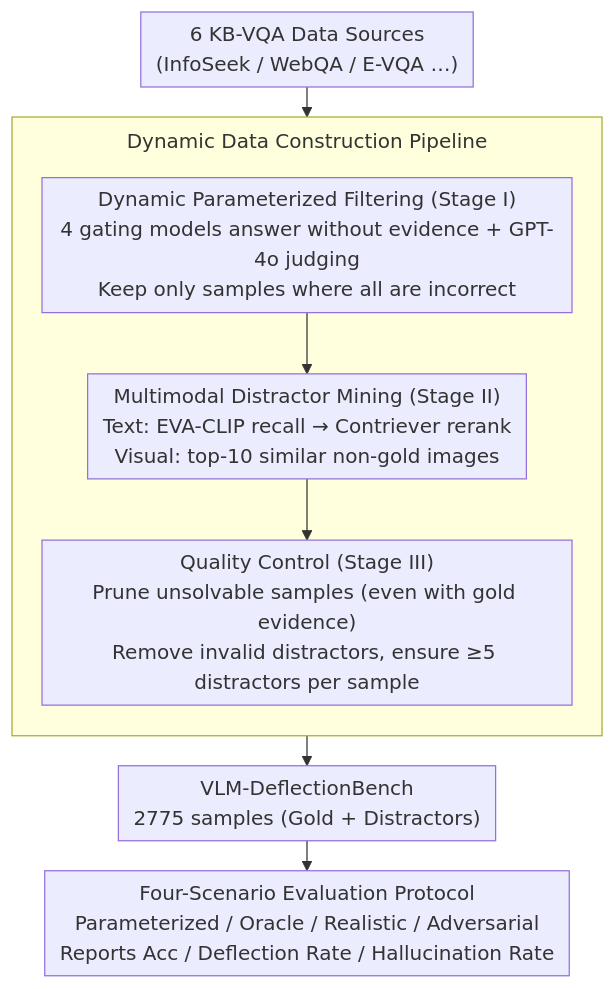
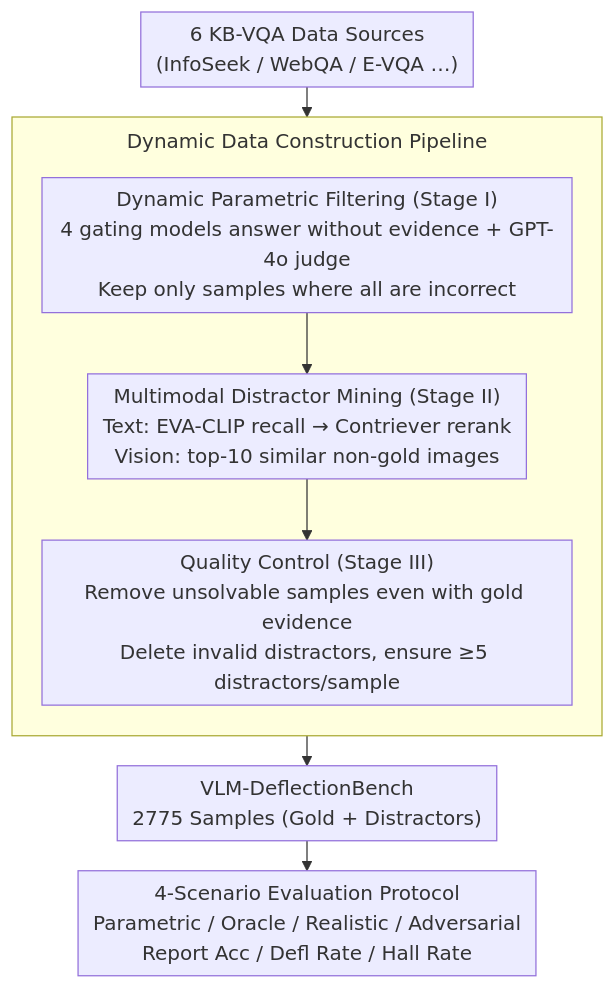
Before and after one commit to zhaoyang97/Paper-Notes-en: the diagram in docs/ACL2026/hallucination/benchmarking_deflection_and_hallucination_in_large_vision-language_models.md, drawn with Mermaid. The commit also changed other lines of this file and 5084 other files, not shown here.

````diff
--- a/docs/ACL2026/hallucination/benchmarking_deflection_and_hallucination_in_large_vision-language_models.md
+++ b/docs/ACL2026/hallucination/benchmarking_deflection_and_hallucination_in_large_vision-language_models.md
@@ -43,13 +43,13 @@
 ```mermaid
 %%{init: {'flowchart': {'rankSpacing': 24, 'nodeSpacing': 28, 'padding': 6, 'wrappingWidth': 400, 'subGraphTitleMargin': {'top': 8, 'bottom': 16}}}}%%
 flowchart TD
     A["6 KB-VQA Data Sources<br/>(InfoSeek / WebQA / E-VQA …)"] --> B
     subgraph CUR["Dynamic Data Construction Pipeline"]
         direction TB
-        B["Dynamic Parameterized Filtering (Stage I)<br/>4 gating models answer without evidence + GPT-4o judging<br/>Keep only samples where all are incorrect"]
-        B --> C["Multimodal Distractor Mining (Stage II)<br/>Text: EVA-CLIP recall → Contriever rerank<br/>Visual: top-10 similar non-gold images"]
-        C --> D["Quality Control (Stage III)<br/>Prune unsolvable samples (even with gold evidence)<br/>Remove invalid distractors, ensure ≥5 distractors per sample"]
+        B["Dynamic Parametric Filtering (Stage I)<br/>4 gating models answer without evidence + GPT-4o judge<br/>Keep only samples where all are incorrect"]
+        B --> C["Multimodal Distractor Mining (Stage II)<br/>Text: EVA-CLIP recall → Contriever rerank<br/>Vision: top-10 similar non-gold images"]
+        C --> D["Quality Control (Stage III)<br/>Remove unsolvable samples even with gold evidence<br/>Delete invalid distractors, ensure ≥5 distractors/sample"]
     end
-    D --> E["VLM-DeflectionBench<br/>2775 samples (Gold + Distractors)"]
-    E --> F["Four-Scenario Evaluation Protocol<br/>Parameterized / Oracle / Realistic / Adversarial<br/>Reports Acc / Deflection Rate / Hallucination Rate"]
+    D --> E["VLM-DeflectionBench<br/>2775 Samples (Gold + Distractors)"]
+    E --> F["4-Scenario Evaluation Protocol<br/>Parametric / Oracle / Realistic / Adversarial<br/>Report Acc / Defl Rate / Hall Rate"]
 ```
````
